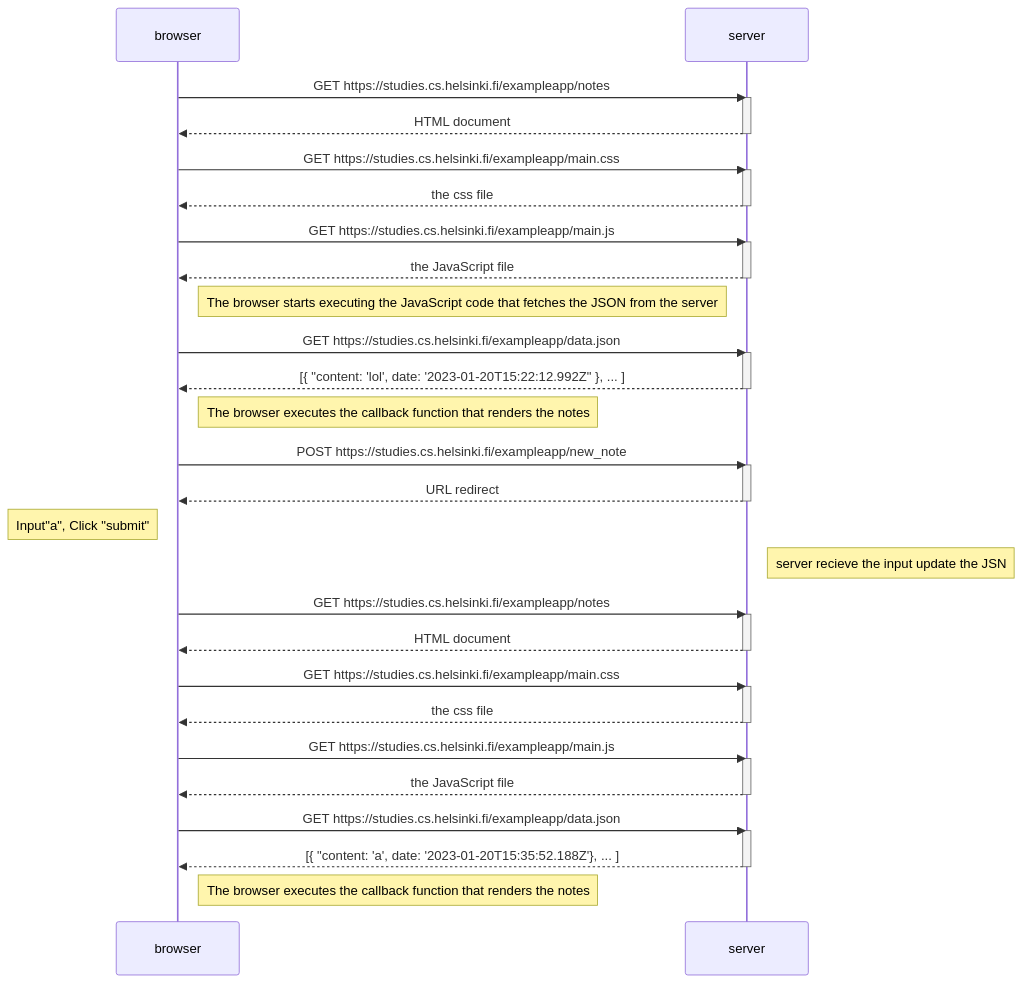
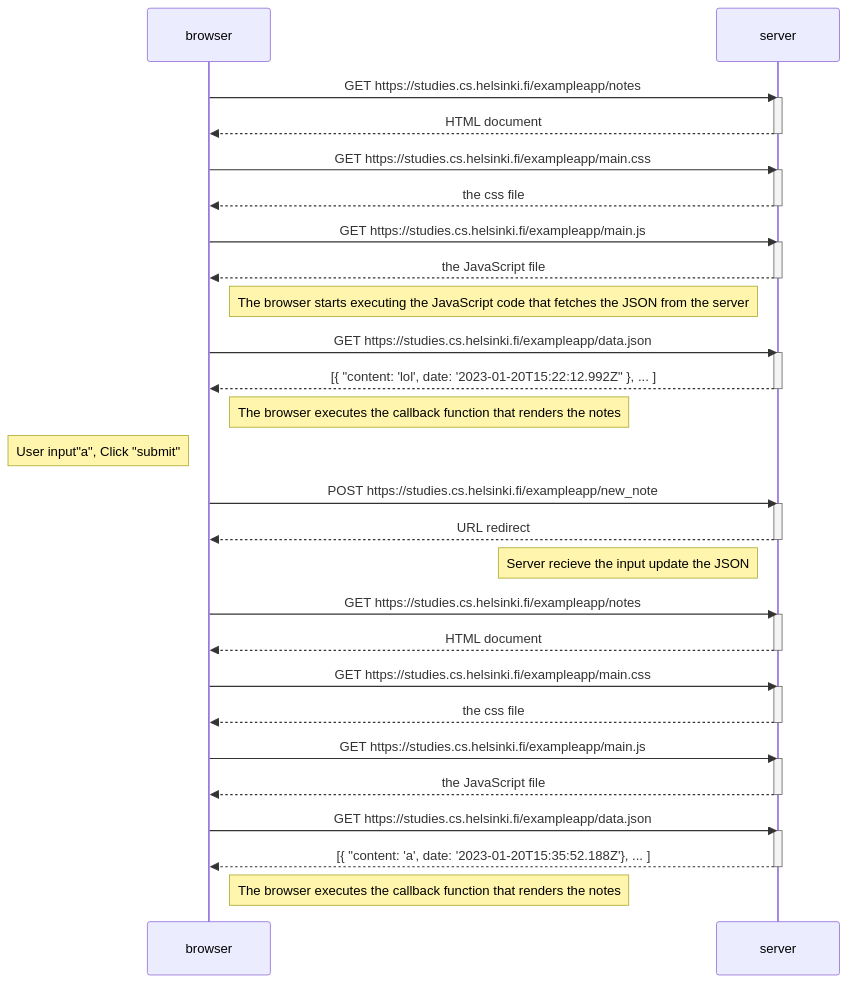
One commit to junrudong/fullstack-hy2020 changed the diagram in Part0/Part0_Excercise4.md. Above: the diagram before and after it, drawn with Mermaid.

````diff
--- a/Part0/Part0_Excercise4.md
+++ b/Part0/Part0_Excercise4.md
@@ -1,61 +1,61 @@
 ```mermaid
 
 sequenceDiagram
 
     participant browser
     participant server
     
     browser->>server: GET https://studies.cs.helsinki.fi/exampleapp/notes
     activate server
     server-->>browser: HTML document
     deactivate server
     
     browser->>server: GET https://studies.cs.helsinki.fi/exampleapp/main.css
     activate server
     server-->>browser: the css file
     deactivate server
     
     browser->>server: GET https://studies.cs.helsinki.fi/exampleapp/main.js
     activate server
     server-->>browser: the JavaScript file
     deactivate server
     
     Note right of browser: The browser starts executing the JavaScript code that fetches the JSON from the server
     
     browser->>server: GET https://studies.cs.helsinki.fi/exampleapp/data.json
     activate server
     server-->>browser: [{ "content: 'lol', date: '2023-01-20T15:22:12.992Z" }, ... ]
     deactivate server    
 
     Note right of browser: The browser executes the callback function that renders the notes
-
+    Note left of browser: User input"a", Click "submit"
     browser->>server: POST https://studies.cs.helsinki.fi/exampleapp/new_note
     activate server
     server-->>browser: URL redirect
     deactivate server
 
-    Note left of browser: Input"a", Click "submit"
-    Note right of server: server recieve the input update the JSN
+   
+    Note left of server: Server recieve the input update the JSON
 
     browser->>server: GET https://studies.cs.helsinki.fi/exampleapp/notes
     activate server
     server-->>browser: HTML document
     deactivate server
     
     browser->>server: GET https://studies.cs.helsinki.fi/exampleapp/main.css
     activate server
     server-->>browser: the css file
     deactivate server
     
     browser->>server: GET https://studies.cs.helsinki.fi/exampleapp/main.js
     activate server
     server-->>browser: the JavaScript file
     deactivate server
         
     browser->>server: GET https://studies.cs.helsinki.fi/exampleapp/data.json
     activate server
     server-->>browser: [{ "content: 'a', date: '2023-01-20T15:35:52.188Z'}, ... ]
     deactivate server       
 
     Note right of browser: The browser executes the callback function that renders the notes
 ```
````
